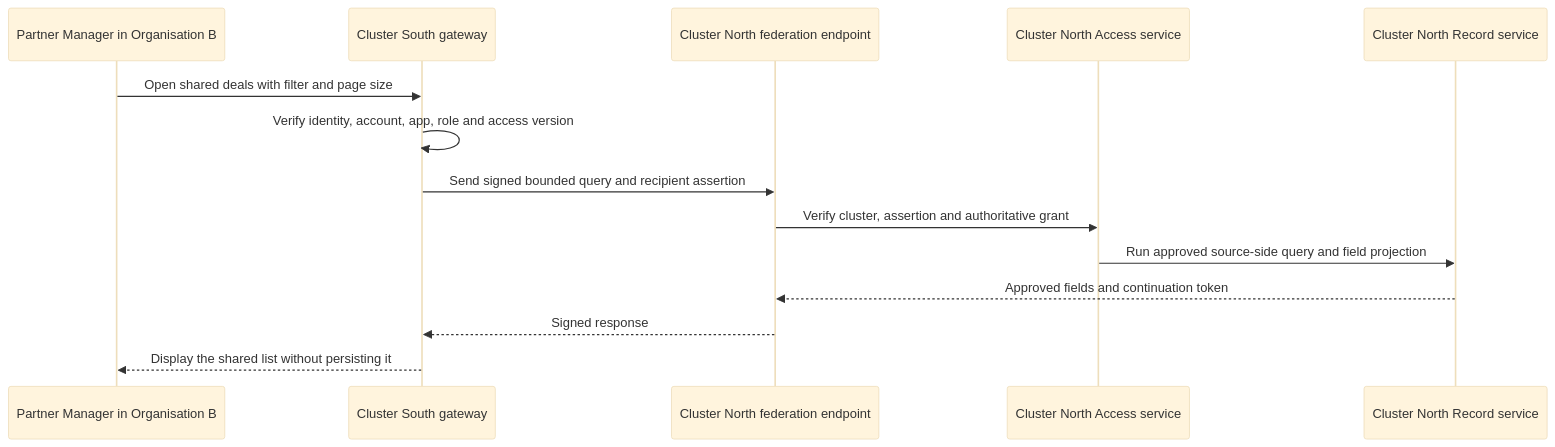
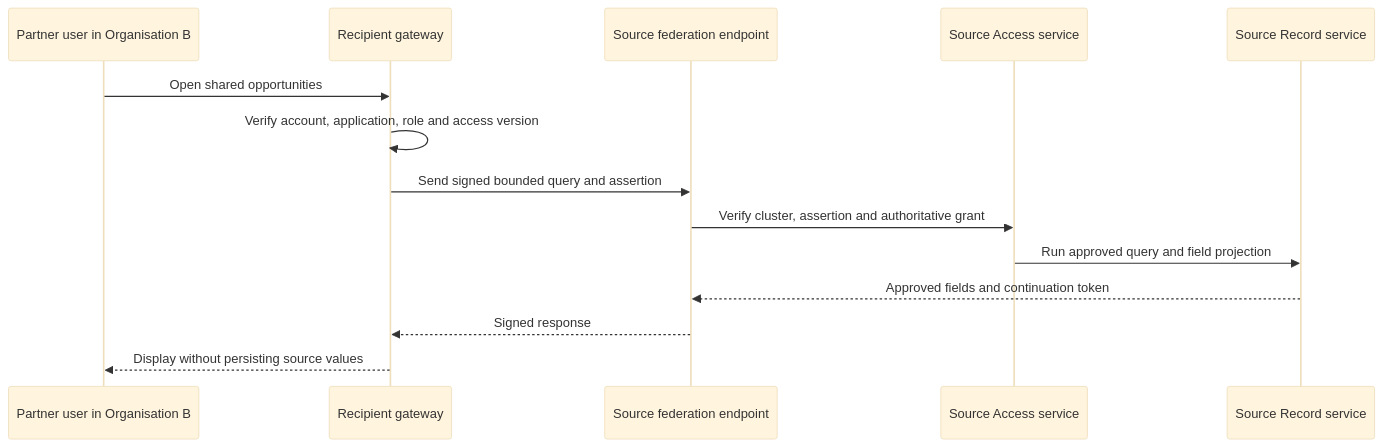
The fourth of 4 diagrams in docs/specification/appendices/worked-examples.md (Abzum-NZ/Abzum-Vortex), drawn with Mermaid (base theme) before and after one commit. The commit also changed other lines of this file and 27 other files, not shown here.

````diff
--- a/docs/specification/appendices/worked-examples.md
+++ b/docs/specification/appendices/worked-examples.md
@@ -154,16 +196,16 @@
 ```mermaid
 sequenceDiagram
-    participant Person as Partner Manager in Organisation B
-    participant South as Cluster South gateway
-    participant North as Cluster North federation endpoint
-    participant Access as Cluster North Access service
-    participant Records as Cluster North Record service
-    Person->>South: Open shared deals with filter and page size
-    South->>South: Verify identity, account, app, role and access version
-    South->>North: Send signed bounded query and recipient assertion
-    North->>Access: Verify cluster, assertion and authoritative grant
-    Access->>Records: Run approved source-side query and field projection
-    Records-->>North: Approved fields and continuation token
-    North-->>South: Signed response
-    South-->>Person: Display the shared list without persisting it
+    participant Person as Partner user in Organisation B
+    participant Recipient as Recipient gateway
+    participant Source as Source federation endpoint
+    participant Access as Source Access service
+    participant Records as Source Record service
+    Person->>Recipient: Open shared opportunities
+    Recipient->>Recipient: Verify account, application, role and access version
+    Recipient->>Source: Send signed bounded query and assertion
+    Source->>Access: Verify cluster, assertion and authoritative grant
+    Access->>Records: Run approved query and field projection
+    Records-->>Source: Approved fields and continuation token
+    Source-->>Recipient: Signed response
+    Recipient-->>Person: Display without persisting source values
 ```
````
